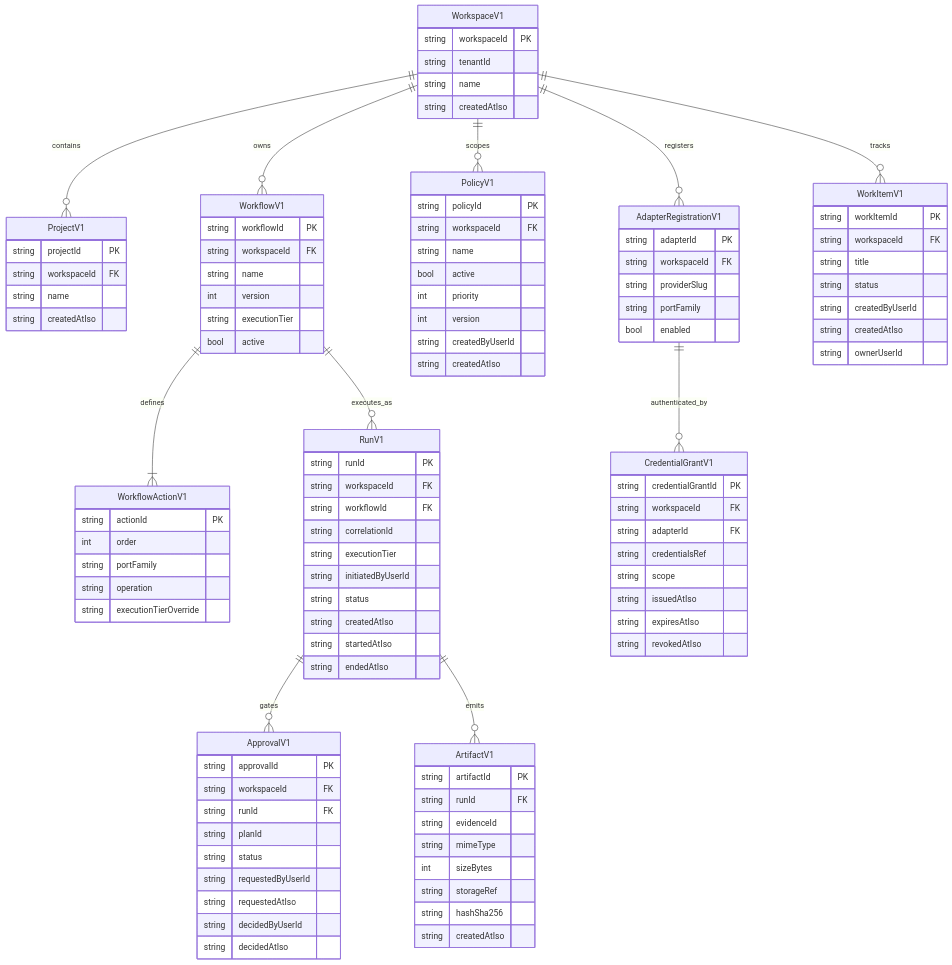
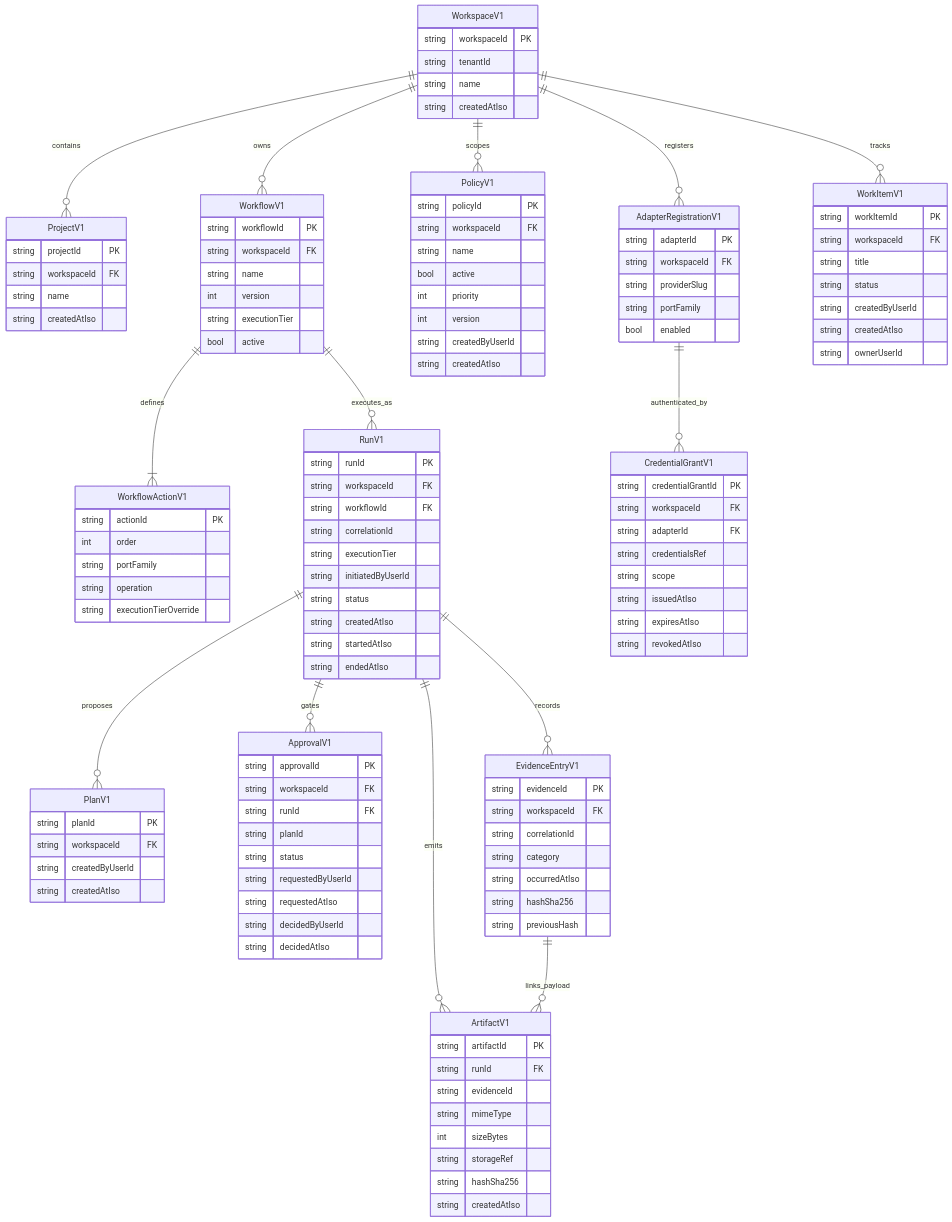
Before and after one commit to 45ck/Portarium: the diagram in docs/domain/erd.md, drawn with Mermaid. The commit also changed 42 other files, not shown here.

````diff
--- a/docs/domain/erd.md
+++ b/docs/domain/erd.md
@@ -50,6 +50,13 @@
         string endedAtIso
     }
 
+    PlanV1 {
+        string planId PK
+        string workspaceId FK
+        string createdByUserId
+        string createdAtIso
+    }
+
     ApprovalV1 {
         string approvalId PK
         string workspaceId FK
@@ -60,6 +67,16 @@
         string requestedAtIso
         string decidedByUserId
         string decidedAtIso
+    }
+
+    EvidenceEntryV1 {
+        string evidenceId PK
+        string workspaceId FK
+        string correlationId
+        string category
+        string occurredAtIso
+        string hashSha256
+        string previousHash
     }
 
     ArtifactV1 {
@@ -123,7 +140,10 @@
     WorkflowV1 ||--o{ RunV1 : executes_as
 
     RunV1 ||--o{ ApprovalV1 : gates
+    RunV1 ||--o{ PlanV1 : proposes
+    RunV1 ||--o{ EvidenceEntryV1 : records
     RunV1 ||--o{ ArtifactV1 : emits
+    EvidenceEntryV1 ||--o{ ArtifactV1 : links_payload
 
     AdapterRegistrationV1 ||--o{ CredentialGrantV1 : authenticated_by
 ```
````
